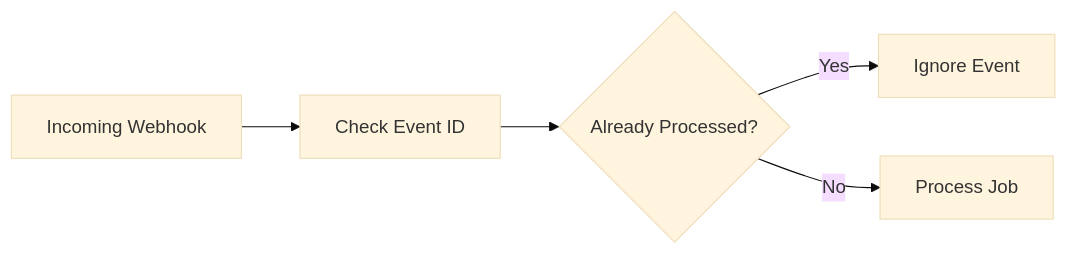
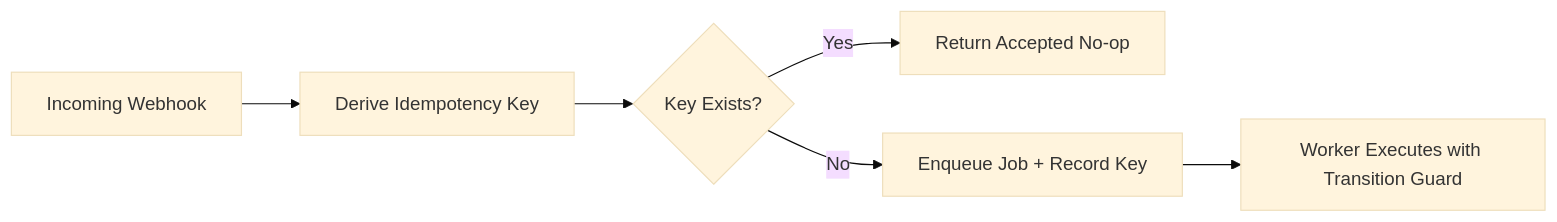
The diagram in docs/idempotency.md (Ahsankhalid618/ai-automation-system-design), drawn with Mermaid (base theme) before and after one commit. The commit also changed other lines of this file and 9 other files, not shown here.

````diff
--- a/docs/idempotency.md
+++ b/docs/idempotency.md
@@ -36,12 +43,8 @@
 ```mermaid
 flowchart LR
-
-A[Incoming Webhook]
---> B[Check Event ID]
-
-B --> C{Already Processed?}
-
-C -->|Yes| D[Ignore Event]
-
-C -->|No| E[Process Job]
+A[Incoming Webhook] --> B[Derive Idempotency Key]
+B --> C{Key Exists?}
+C -->|Yes| D[Return Accepted No-op]
+C -->|No| E[Enqueue Job + Record Key]
+E --> F[Worker Executes with Transition Guard]
 ```
````
